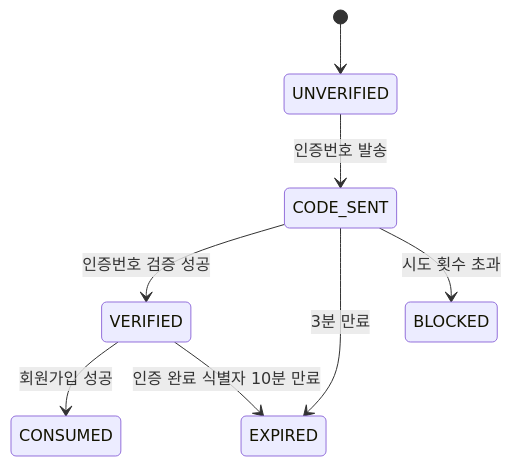
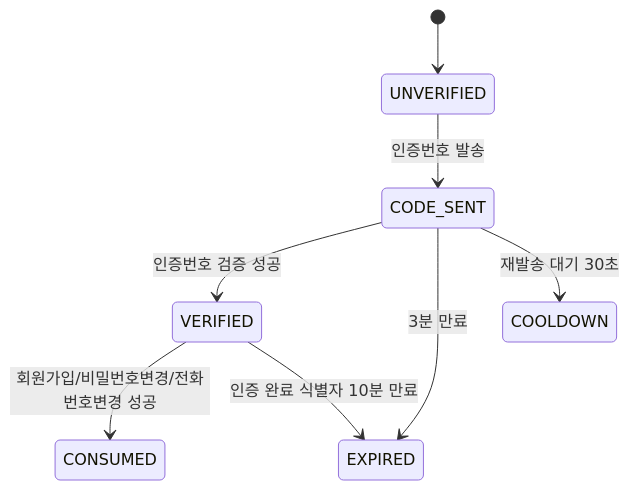
Before and after one commit to hurwan0629/potato-land: the first of 2 diagrams in docs/Potato-Land-Docs/03. 상태와 정책/도메인 상태 목록.md, drawn with Mermaid. The commit also changed other lines of this file and 27 other files, not shown here.

Commit message:
docs: update docs and synchronize with front flow

````diff
--- a/docs/Potato-Land-Docs/03. 상태와 정책/도메인 상태 목록.md
+++ b/docs/Potato-Land-Docs/03. 상태와 정책/도메인 상태 목록.md
@@ -64,10 +82,10 @@
 ```mermaid
 stateDiagram-v2
     [*] --> UNVERIFIED
     UNVERIFIED --> CODE_SENT: 인증번호 발송
     CODE_SENT --> VERIFIED: 인증번호 검증 성공
-    VERIFIED --> CONSUMED: 회원가입 성공
+    VERIFIED --> CONSUMED: 회원가입/비밀번호변경/전화번호변경 성공
     CODE_SENT --> EXPIRED: 3분 만료
-    CODE_SENT --> BLOCKED: 시도 횟수 초과
+    CODE_SENT --> COOLDOWN: 재발송 대기 30초
     VERIFIED --> EXPIRED: 인증 완료 식별자 10분 만료
 ```
````
